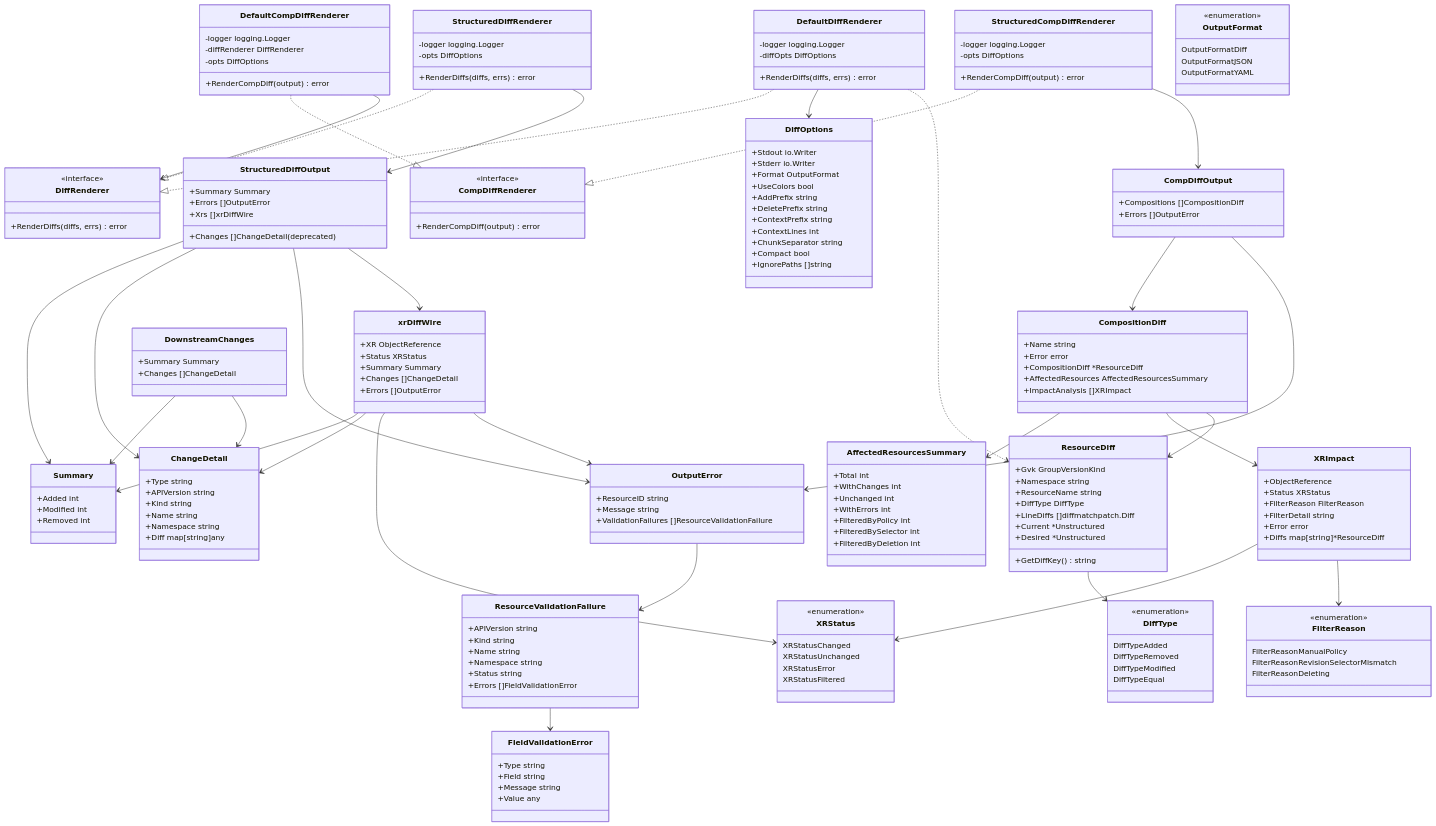
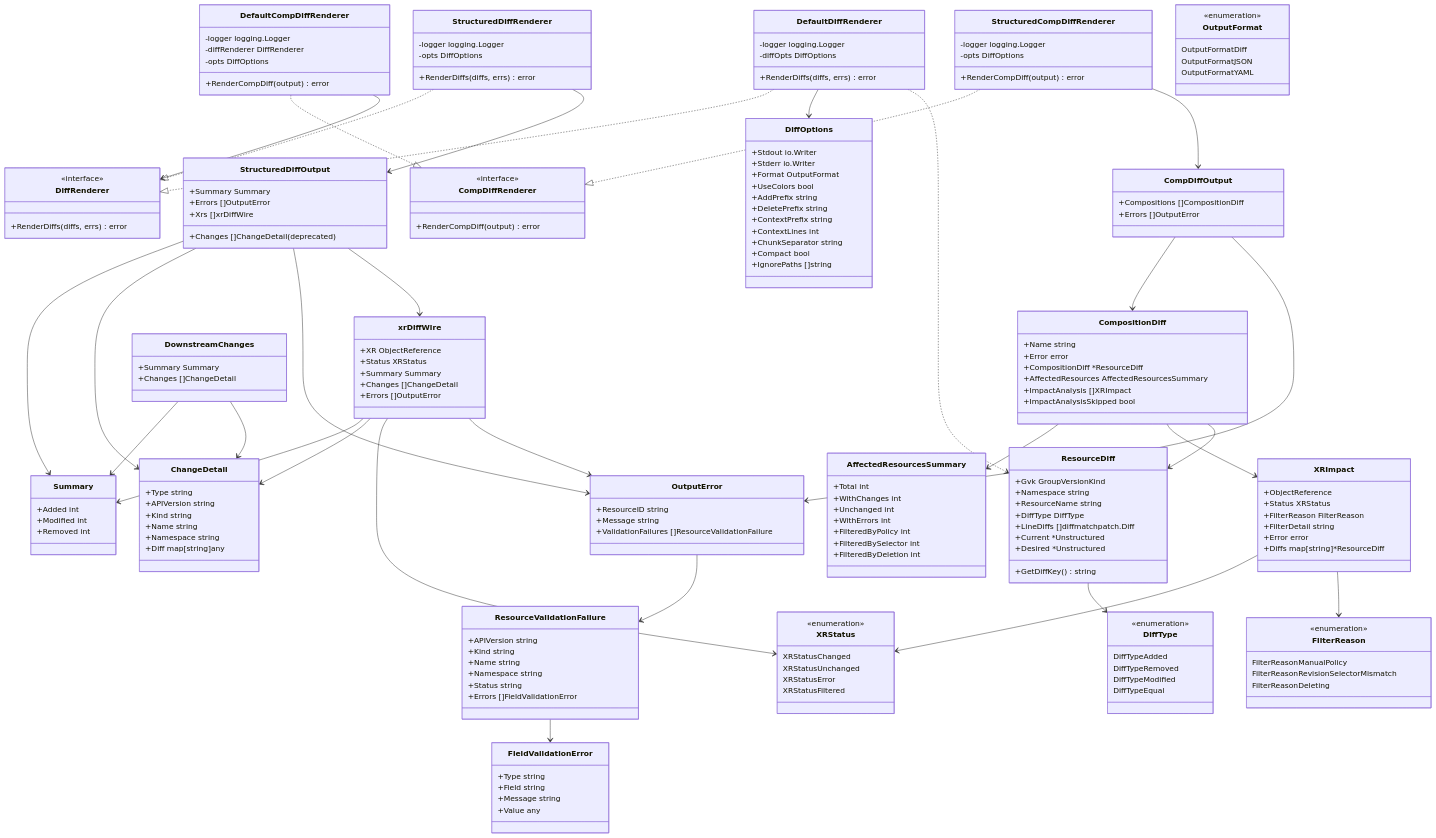
Before and after one commit to crossplane-contrib/crossplane-diff: the diagram in design/design-doc-cli-diff/diff-rendering-architecture.mermaid, drawn with Mermaid. The commit also changed 10 other files, not shown here.

```diff
--- a/design/design-doc-cli-diff/diff-rendering-architecture.mermaid
+++ b/design/design-doc-cli-diff/diff-rendering-architecture.mermaid
@@ -97,6 +97,7 @@
         +CompositionDiff *ResourceDiff
         +AffectedResources AffectedResourcesSummary
         +ImpactAnalysis []XRImpact
+        +ImpactAnalysisSkipped bool
     }
 
     class XRImpact {
```
